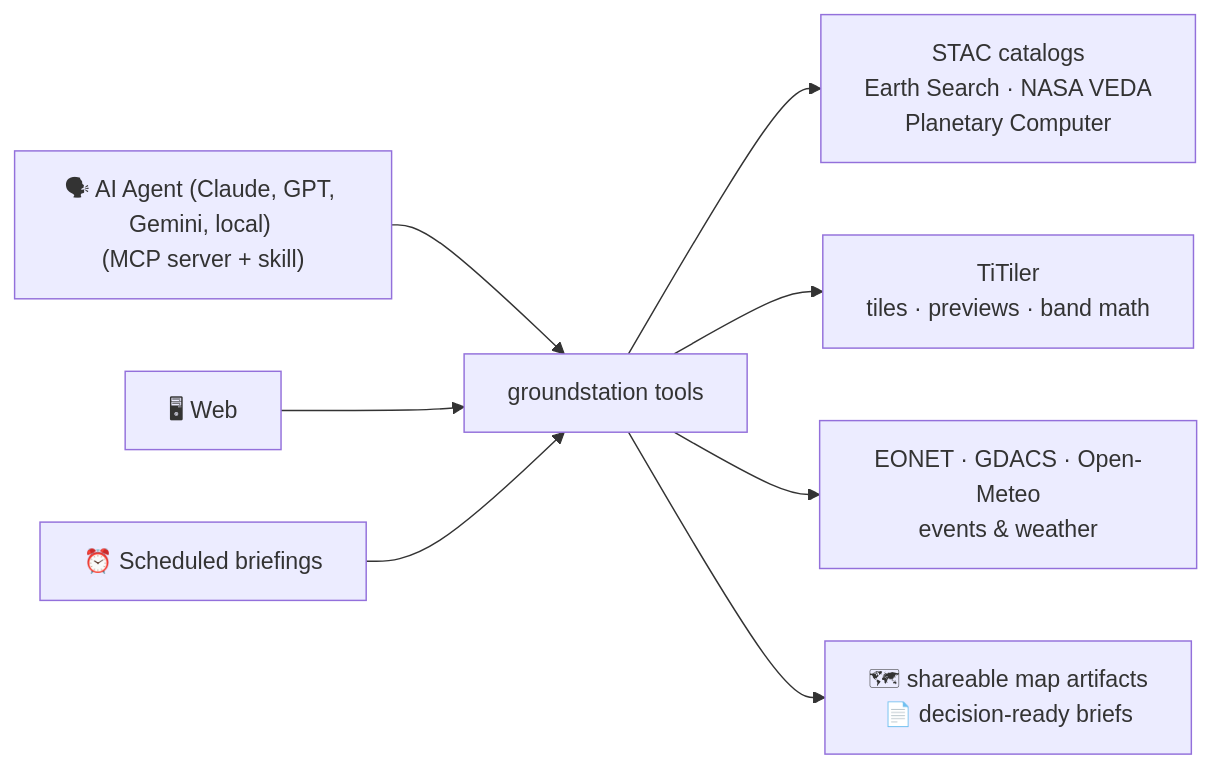
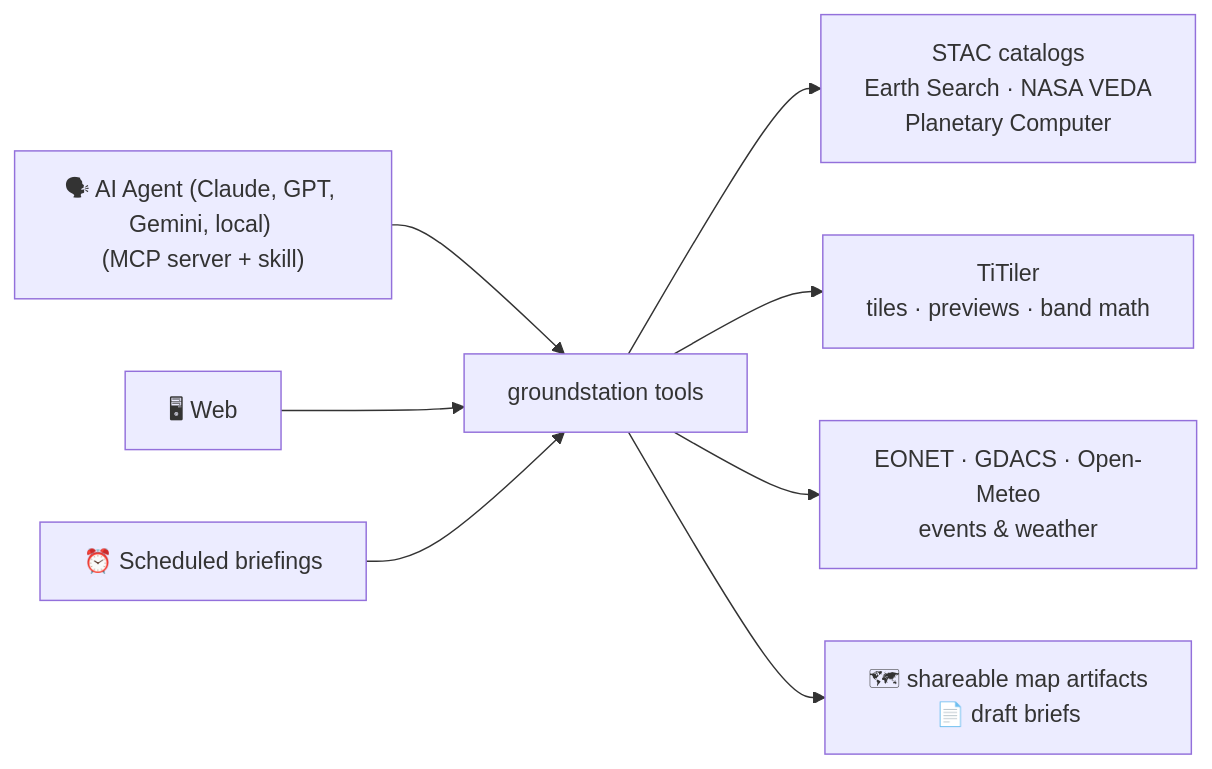
One commit to dannybauman/groundstation changed the diagram in README.md. Above: the diagram before and after it, drawn with Mermaid.

Commit message:
docs: README diagram says draft briefs

````diff
--- a/README.md
+++ b/README.md
@@ -7,10 +7,10 @@
 ```mermaid
 flowchart LR
     A["🗣 AI Agent (Claude, GPT, Gemini, local) <br/>(MCP server + skill)"] --> T
     B["🖥 Web"] --> T
     C["⏰ Scheduled briefings"] --> T
     T["groundstation tools"] --> D["STAC catalogs<br/>Earth Search · NASA VEDA<br/>Planetary Computer"]
     T --> E["TiTiler<br/>tiles · previews · band math"]
     T --> F["EONET · GDACS · Open-Meteo<br/>events & weather"]
-    T --> G["🗺 shareable map artifacts<br/>📄 decision-ready briefs"]
+    T --> G["🗺 shareable map artifacts<br/>📄 draft briefs"]
 ```
````
